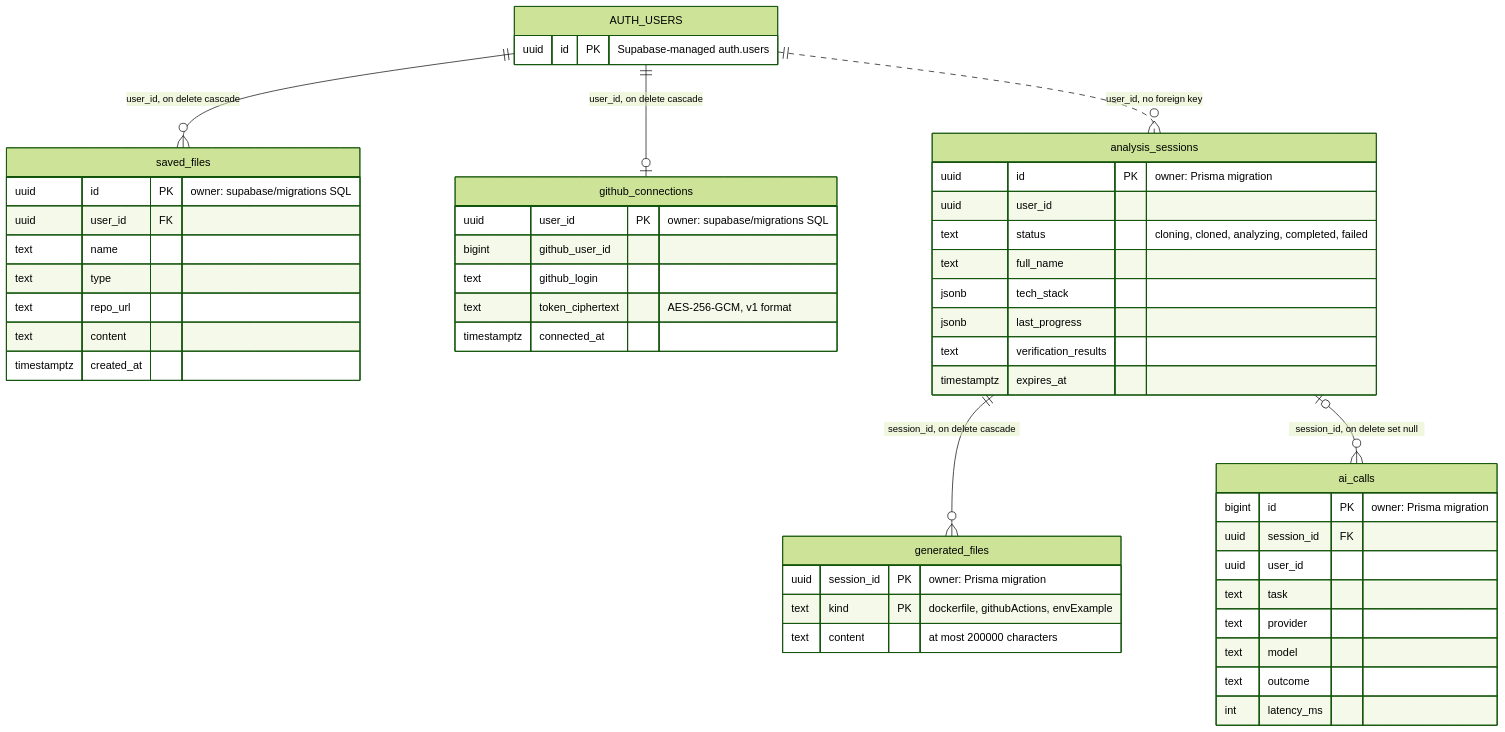
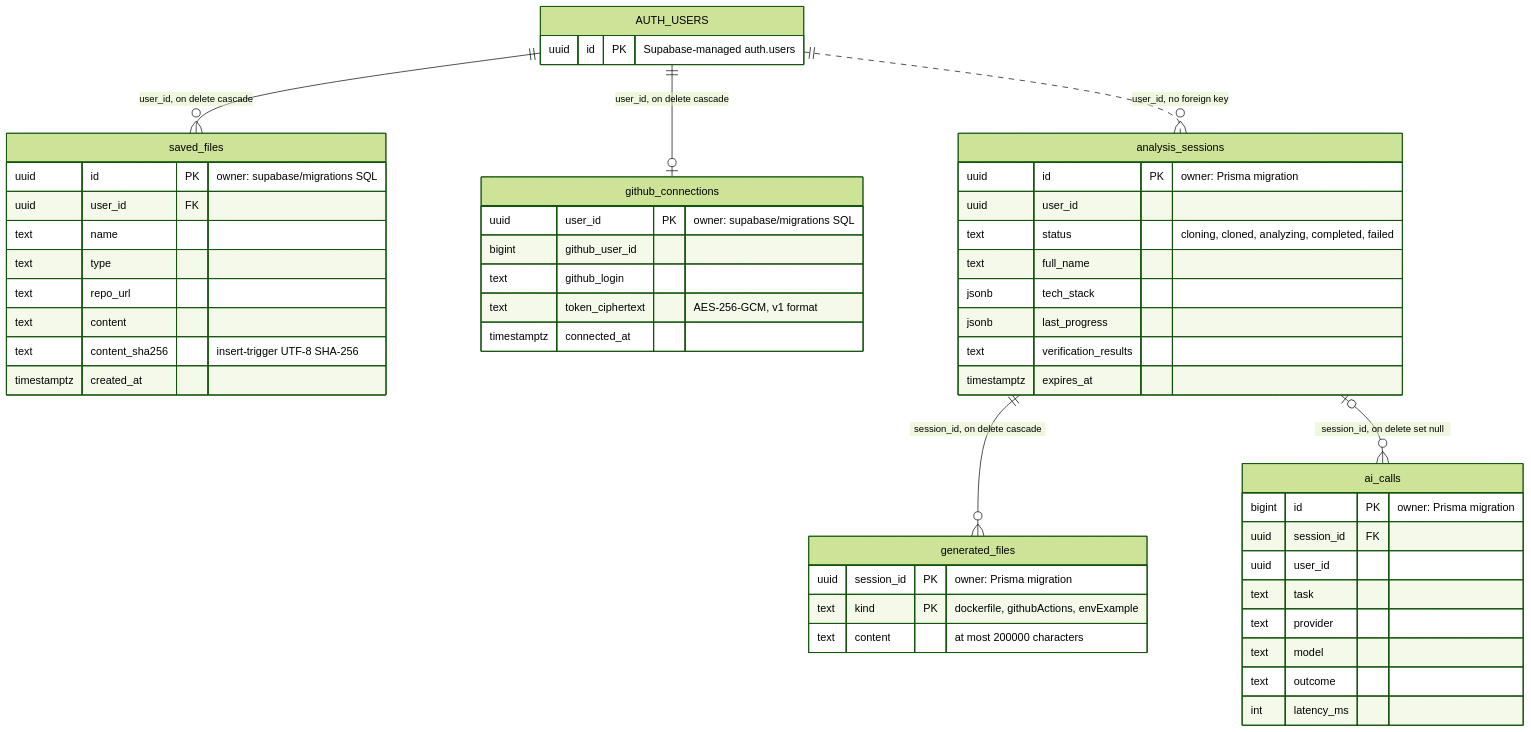
The seventh of 7 diagrams in ARCHITECTURE.md (bipul724/InfraMind), drawn with Mermaid (forest theme) before and after one commit. The commit also changed other lines of this file and 16 other files, not shown here.

````diff
--- a/ARCHITECTURE.md
+++ b/ARCHITECTURE.md
@@ -291,53 +291,54 @@
 ```mermaid
 erDiagram
     AUTH_USERS ||--o{ saved_files : "user_id, on delete cascade"
     AUTH_USERS ||--o| github_connections : "user_id, on delete cascade"
     AUTH_USERS ||..o{ analysis_sessions : "user_id, no foreign key"
     analysis_sessions ||--o{ generated_files : "session_id, on delete cascade"
     analysis_sessions |o--o{ ai_calls : "session_id, on delete set null"
 
     AUTH_USERS {
         uuid id PK "Supabase-managed auth.users"
     }
     analysis_sessions {
         uuid id PK "owner: Prisma migration"
         uuid user_id
         text status "cloning, cloned, analyzing, completed, failed"
         text full_name
         jsonb tech_stack
         jsonb last_progress
         text verification_results
         timestamptz expires_at
     }
     generated_files {
         uuid session_id PK "owner: Prisma migration"
         text kind PK "dockerfile, githubActions, envExample"
         text content "at most 200000 characters"
     }
     ai_calls {
         bigint id PK "owner: Prisma migration"
         uuid session_id FK
         uuid user_id
         text task
         text provider
         text model
         text outcome
         int latency_ms
     }
     github_connections {
         uuid user_id PK "owner: supabase/migrations SQL"
         bigint github_user_id
         text github_login
         text token_ciphertext "AES-256-GCM, v1 format"
         timestamptz connected_at
     }
     saved_files {
         uuid id PK "owner: supabase/migrations SQL"
         uuid user_id FK
         text name
         text type
         text repo_url
         text content
+        text content_sha256 "insert-trigger UTF-8 SHA-256"
         timestamptz created_at
     }
 ```
````
